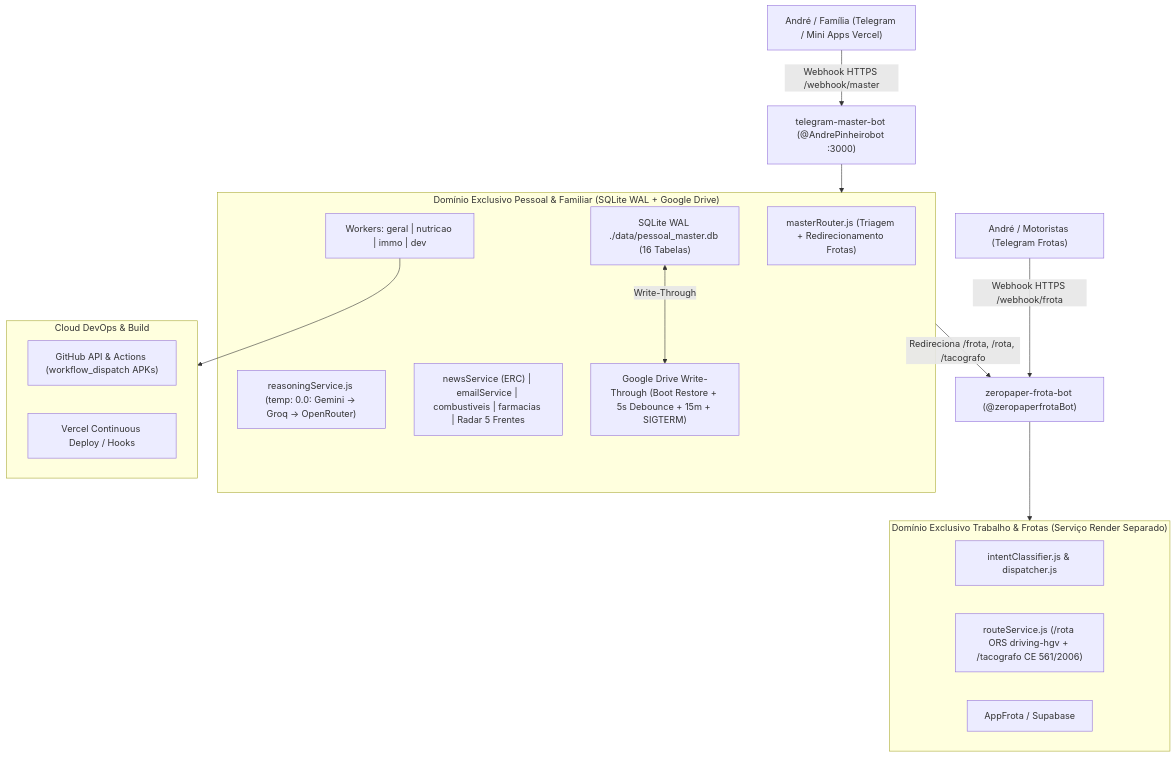
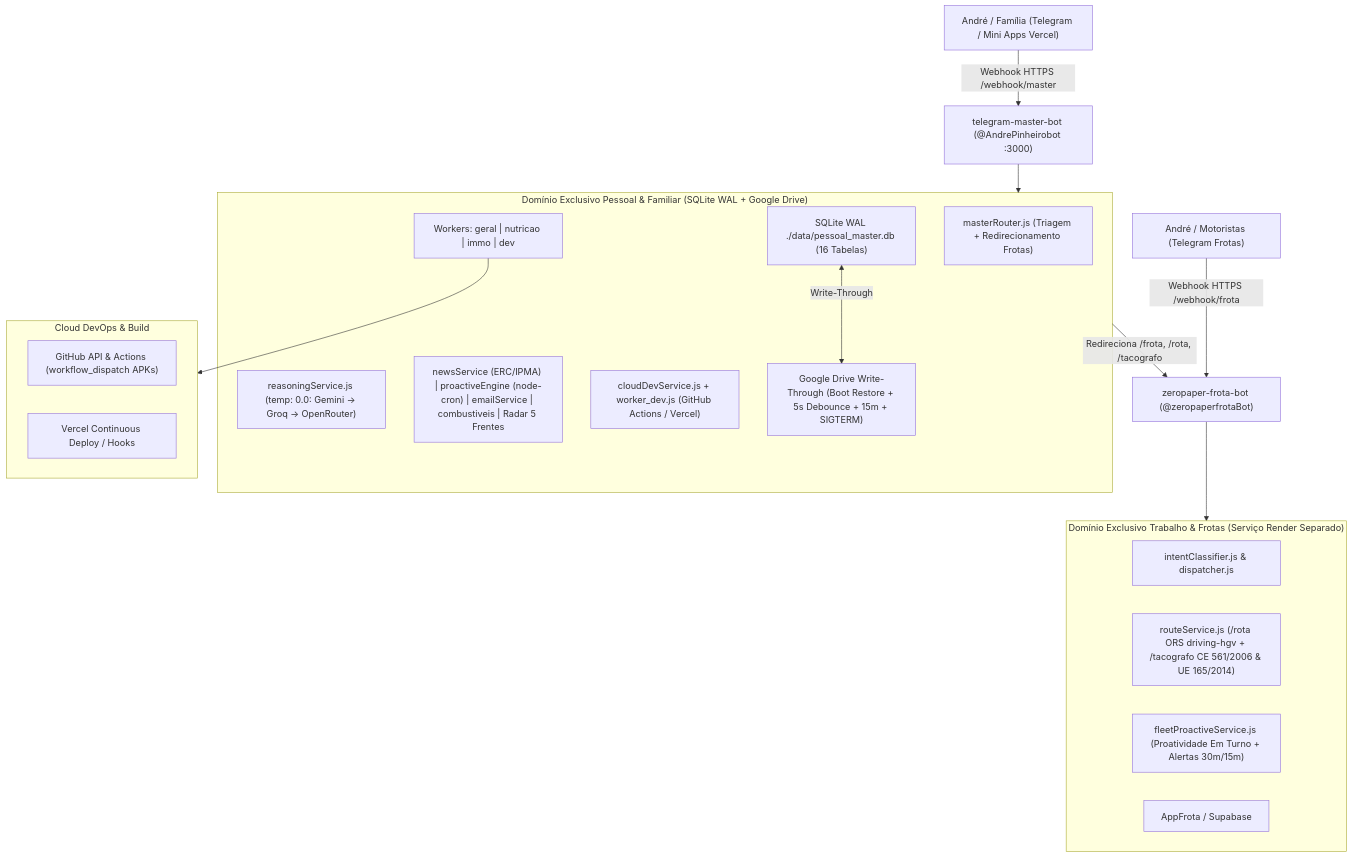
One commit to andre22pinheiro-ui/telegram-master-bot changed the diagram in SISTEMA.md. Above: the diagram before and after it, drawn with Mermaid. The commit also changed other lines of this file and 15 other files, not shown here.

Commit message:
feat: apply triple EU/PT/Amarante compliance, proactiveEngine, IPMA live & cloudDevService

````diff
--- a/SISTEMA.md
+++ b/SISTEMA.md
@@ -15,31 +15,33 @@
 ```mermaid
 flowchart TB
   User["André / Família (Telegram / Mini Apps Vercel)"] -->|"Webhook HTTPS /webhook/master"| Master["telegram-master-bot (@AndrePinheirobot :3000)"]
   FleetUser["André / Motoristas (Telegram Frotas)"] -->|"Webhook HTTPS /webhook/frota"| ZP["zeropaper-frota-bot (@zeropaperfrotaBot)"]
 
   subgraph PersonalCore["Domínio Exclusivo Pessoal & Familiar (SQLite WAL + Google Drive)"]
     Router["masterRouter.js (Triagem + Redirecionamento Frotas)"]
     Workers["Workers: geral | nutricao | immo | dev"]
     IA["reasoningService.js (temp: 0.0: Gemini -> Groq -> OpenRouter)"]
-    Services["newsService (ERC) | emailService | combustiveis | farmacias | Radar 5 Frentes"]
+    Services["newsService (ERC/IPMA) | proactiveEngine (node-cron) | emailService | combustiveis | Radar 5 Frentes"]
+    DevCloud["cloudDevService.js + worker_dev.js (GitHub Actions / Vercel)"]
     DB["SQLite WAL ./data/pessoal_master.db (16 Tabelas)"]
     GDrive["Google Drive Write-Through (Boot Restore + 5s Debounce + 15m + SIGTERM)"]
   end
 
   subgraph CloudDevOps["Cloud DevOps & Build"]
     GHActions["GitHub API & Actions (workflow_dispatch APKs)"]
     VercelDeploy["Vercel Continuous Deploy / Hooks"]
   end
 
   subgraph WorkCore["Domínio Exclusivo Trabalho & Frotas (Serviço Render Separado)"]
     ZPAI["intentClassifier.js & dispatcher.js"]
-    ZPRoute["routeService.js (/rota ORS driving-hgv + /tacografo CE 561/2006)"]
+    ZPRoute["routeService.js (/rota ORS driving-hgv + /tacografo CE 561/2006 & UE 165/2014)"]
+    ZPProactive["fleetProactiveService.js (Proatividade Em Turno + Alertas 30m/15m)"]
     ZPSupabase["AppFrota / Supabase"]
   end
 
   Master --> PersonalCore
   DB <-->|"Write-Through"| GDrive
   Workers --> CloudDevOps
   ZP --> WorkCore
   PersonalCore -->|"Redireciona /frota, /rota, /tacografo"| ZP
 ```
````
